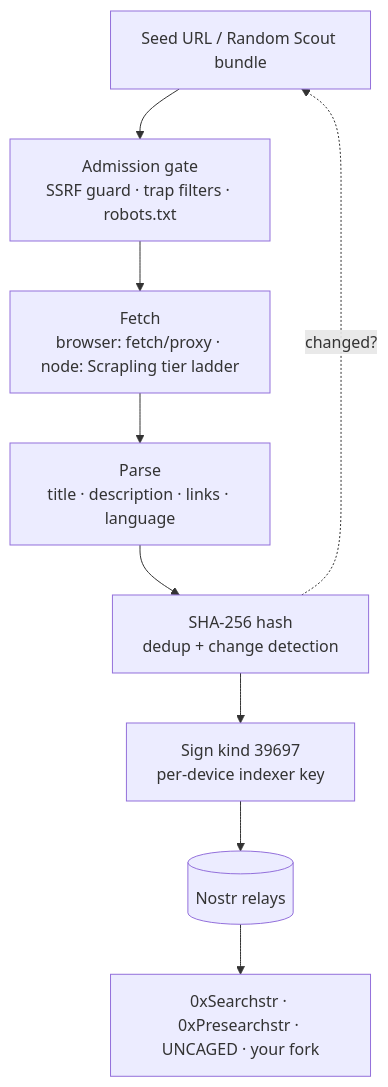
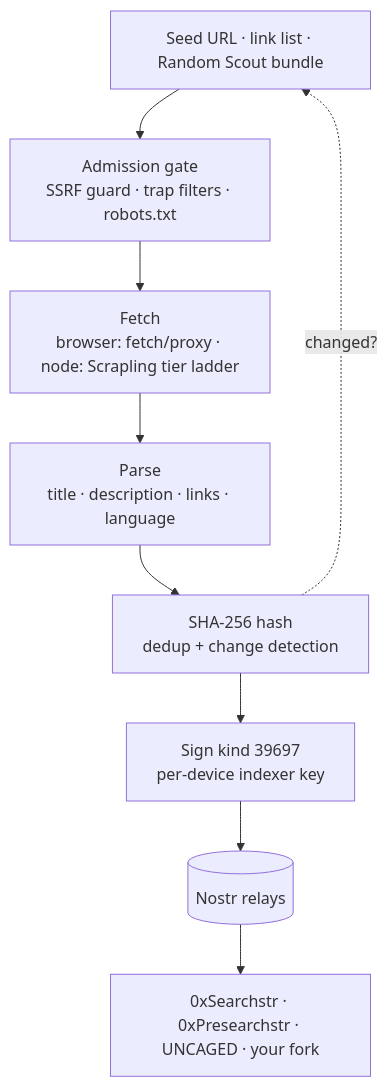
Before and after one commit to SIP-01/Crawlstr-v3: the diagram in README.md, drawn with Mermaid. The commit also changed other lines of this file and 28 other files, not shown here.

````diff
--- a/README.md
+++ b/README.md
@@ -60,11 +60,11 @@
 ```mermaid
 flowchart TD
-    A[Seed URL / Random Scout bundle] --> B[Admission gate<br>SSRF guard · trap filters · robots.txt]
+    A[Seed URL · link list · Random Scout bundle] --> B[Admission gate<br>SSRF guard · trap filters · robots.txt]
     B --> C[Fetch<br>browser: fetch/proxy · node: Scrapling tier ladder]
     C --> D[Parse<br>title · description · links · language]
     D --> E[SHA-256 hash<br>dedup + change detection]
     E --> F[Sign kind 39697<br>per-device indexer key]
     F --> G[(Nostr relays)]
     G --> H[0xSearchstr · 0xPresearchstr · UNCAGED · your fork]
     E -.changed?.-> A
 ```
````
